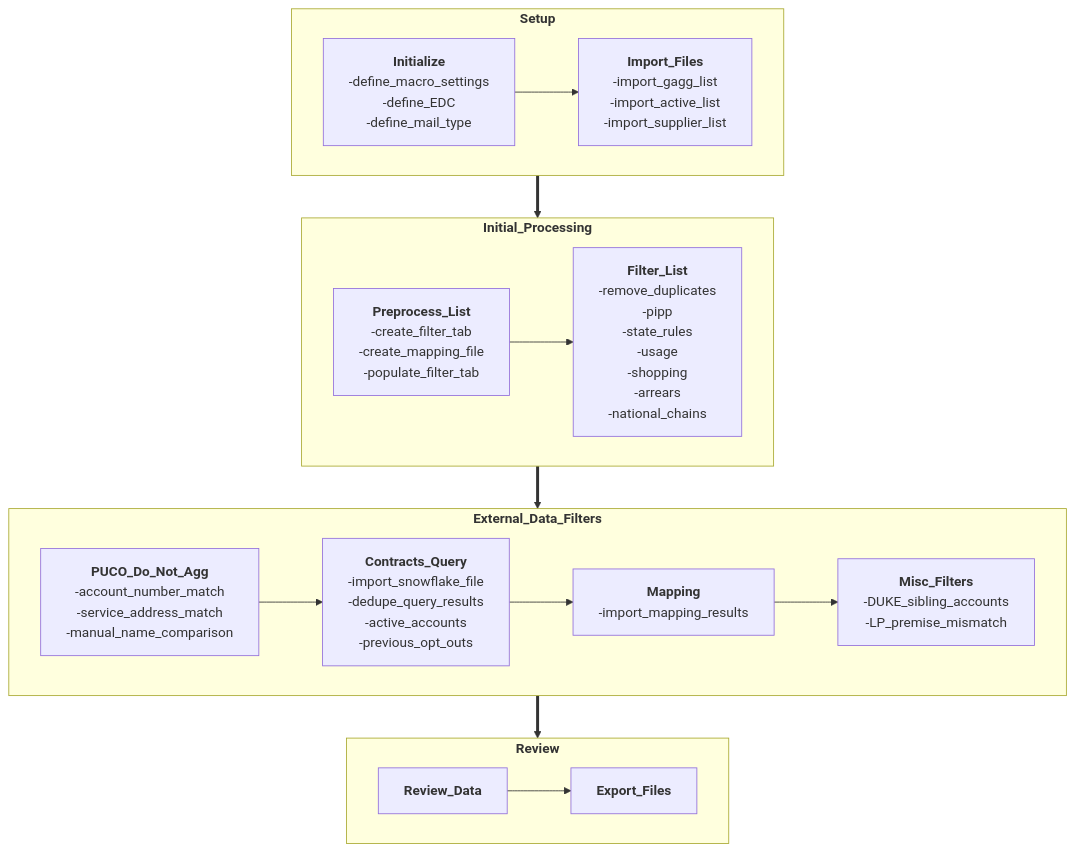
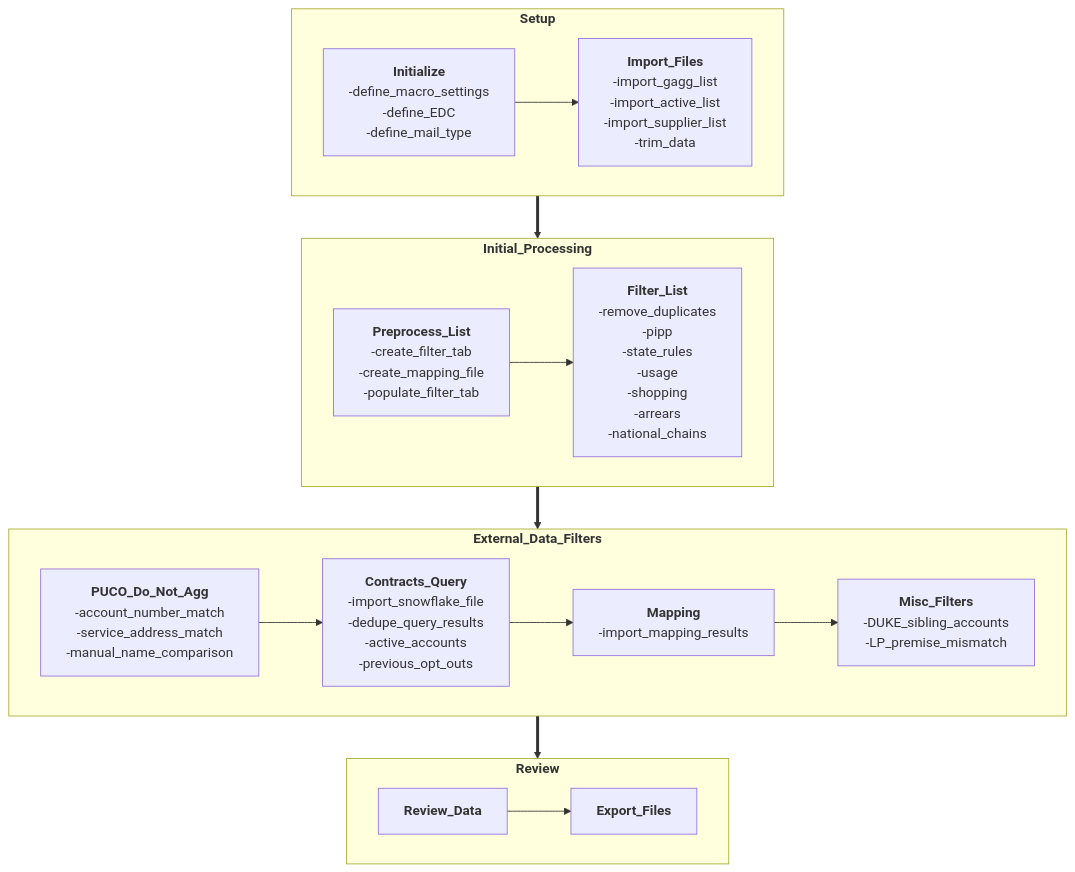
Before and after one commit to vistra-muniagg/List-Management-Tool: the first of 3 diagrams in DIAGRAMS.md, drawn with Mermaid.

Commit message:
Add 'trim_data' step to Import_Files node

````diff
--- a/DIAGRAMS.md
+++ b/DIAGRAMS.md
@@ -9,53 +9,53 @@
 ```mermaid
 
 %%{init: {
   "theme": "base",
   "themeVariables": {
     "fontSize": "12px",
     "fontFamily": "Segoe UI",
     "primaryColor": "#eef6ff",          %% node fill
     "primaryBorderColor": "#1e40af",    %% node border
     "primaryTextColor": "#0f172a",      %% node text
     "lineColor": "#1e40af"
   }
 }}%%
 
 flowchart TB
 
 classDef classNode fill:#eef6ff,stroke:#1e40af,stroke-width:2px,font-size:12px
 
 %% Nodes
 Initialize["<b>Initialize</b><br>-define_macro_settings<br>-define_EDC<br>-define_mail_type<br>"]
-Import_Files["<b>Import_Files</b><br>-import_gagg_list<br>-import_active_list<br>-import_supplier_list"]
+Import_Files["<b>Import_Files</b><br>-import_gagg_list<br>-import_active_list<br>-import_supplier_list<br>-trim_data"]
 Preprocess_List["<b>Preprocess_List</b><br>-create_filter_tab<br>-create_mapping_file<br>-populate_filter_tab"]
 Filter_List["<b>Filter_List</b><br>-remove_duplicates<br>-pipp<br>-state_rules<br>-usage<br>-shopping<br>-arrears<br>-national_chains"]
 PUCO_Do_Not_Agg["<b>PUCO_Do_Not_Agg</b><br>-account_number_match<br>-service_address_match<br>-manual_name_comparison"]
 Contracts_Query["<b>Contracts_Query</b><br>-import_snowflake_file<br>-dedupe_query_results<br>-active_accounts<br>-previous_opt_outs"]
 Mapping["<b>Mapping</b><br>-import_mapping_results"]
 Misc_Filters["<b>Misc_Filters</b><br>-DUKE_sibling_accounts<br>-LP_premise_mismatch"]
 Review_Data["<b>Review_Data</b>"]
 Export_Files["<b>Export_Files</b>"]
 
 subgraph Setup["<b>Setup</b>"]
 direction LR
     Initialize --> Import_Files
 end
 
 subgraph Initial_Processing["<b>Initial_Processing</b>"]
 direction LR
     Preprocess_List --> Filter_List
 end
 
 subgraph External_Data_Filters["<b>External_Data_Filters</b>"]
 direction LR
     PUCO_Do_Not_Agg --> Contracts_Query --> Mapping --> Misc_Filters
 end
 
 subgraph Review["<b>Review</b>"]
 direction LR
     Review_Data --> Export_Files
 end
 
 Setup ==> Initial_Processing ==> External_Data_Filters ==> Review
 
 ```
````
